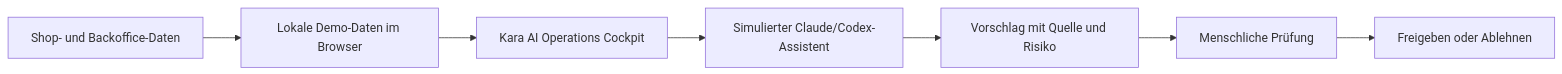
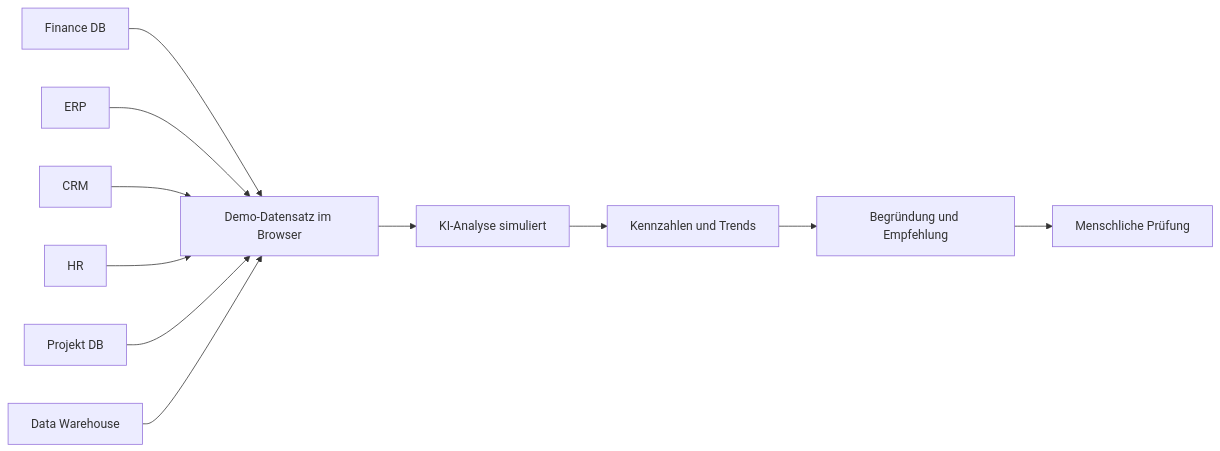
One commit to HamidK193/IDP-KI-im-Unternehmen- changed the first of 2 diagrams in docs/architecture.md. Above: the diagram before and after it, drawn with Mermaid. The commit also changed other lines of this file and 12 other files, not shown here.

````diff
--- a/docs/architecture.md
+++ b/docs/architecture.md
@@ -8,9 +16,13 @@
 ```mermaid
 flowchart LR
-    A["Shop- und Backoffice-Daten"] --> B["Lokale Demo-Daten im Browser"]
-    B --> C["Kara AI Operations Cockpit"]
-    C --> D["Simulierter Claude/Codex-Assistent"]
-    D --> E["Vorschlag mit Quelle und Risiko"]
-    E --> F["Menschliche Prüfung"]
-    F --> G["Freigeben oder Ablehnen"]
+    A["Finance DB"] --> G["Demo-Datensatz im Browser"]
+    B["ERP"] --> G
+    C["CRM"] --> G
+    D["HR"] --> G
+    E["Projekt DB"] --> G
+    F["Data Warehouse"] --> G
+    G --> H["KI-Analyse simuliert"]
+    H --> I["Kennzahlen und Trends"]
+    I --> J["Begründung und Empfehlung"]
+    J --> K["Menschliche Prüfung"]
 ```
````
